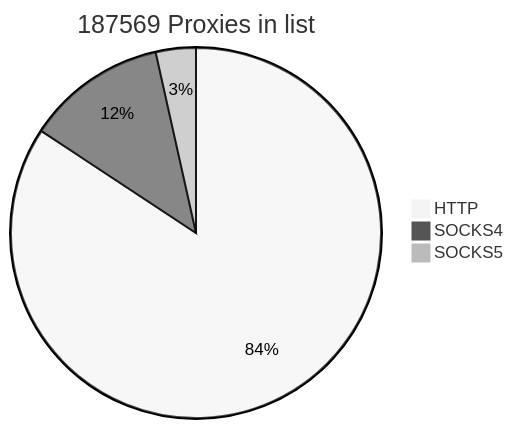
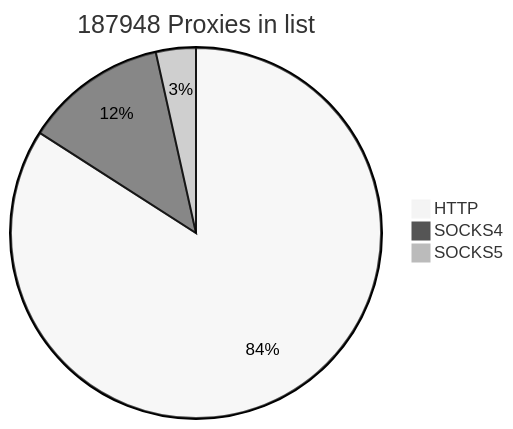
The first of 2 diagrams in README.md (cutipu/proxylist), drawn with Mermaid (neutral theme) before and after one commit. The commit also changed other lines of this file, not shown here.

````diff
--- a/README.md
+++ b/README.md
@@ -2,7 +2,7 @@
 ```mermaid
-pie title 187569 Proxies in list
-    "HTTP" : 158082
-    "SOCKS4" : 22928
-    "SOCKS5" : 6559
+pie title 187948 Proxies in list
+    "HTTP" : 158007
+    "SOCKS4" : 23391
+    "SOCKS5" : 6550
             
 ```
````
